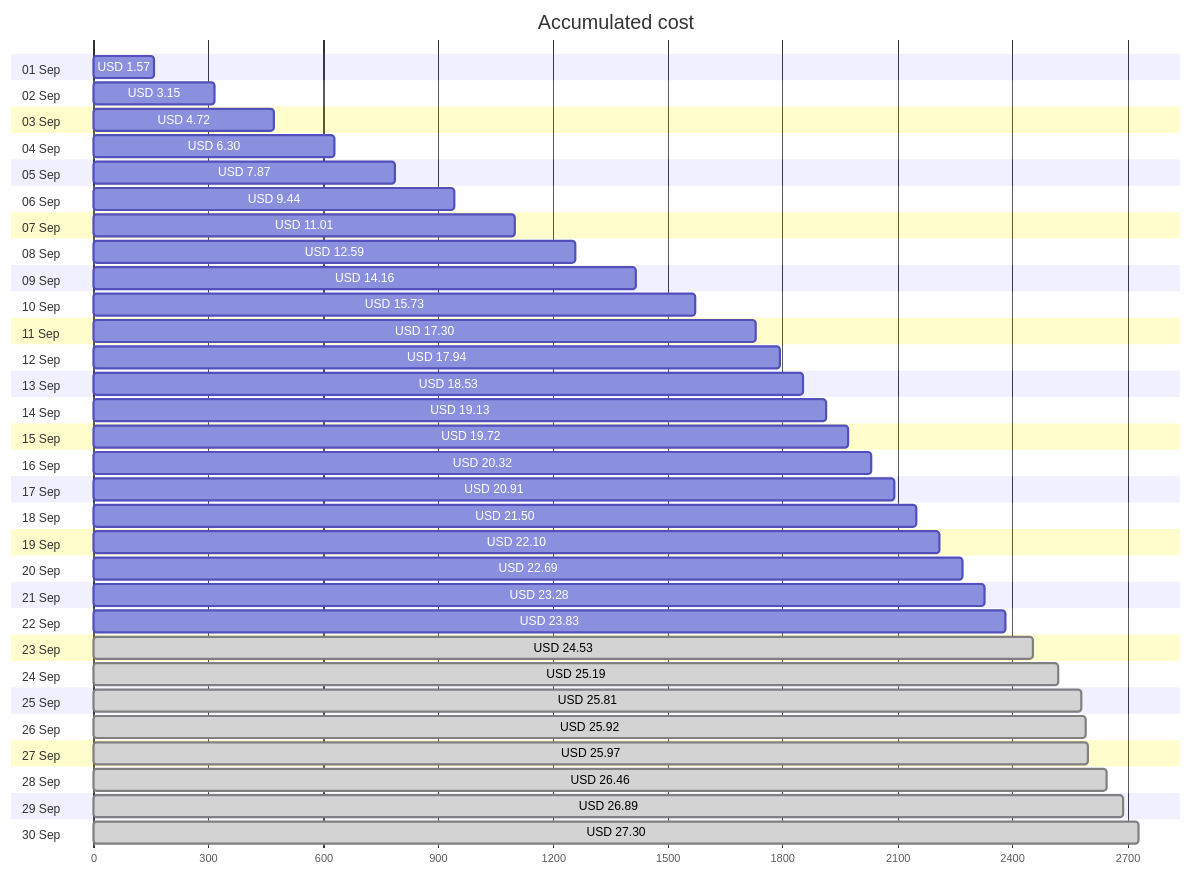
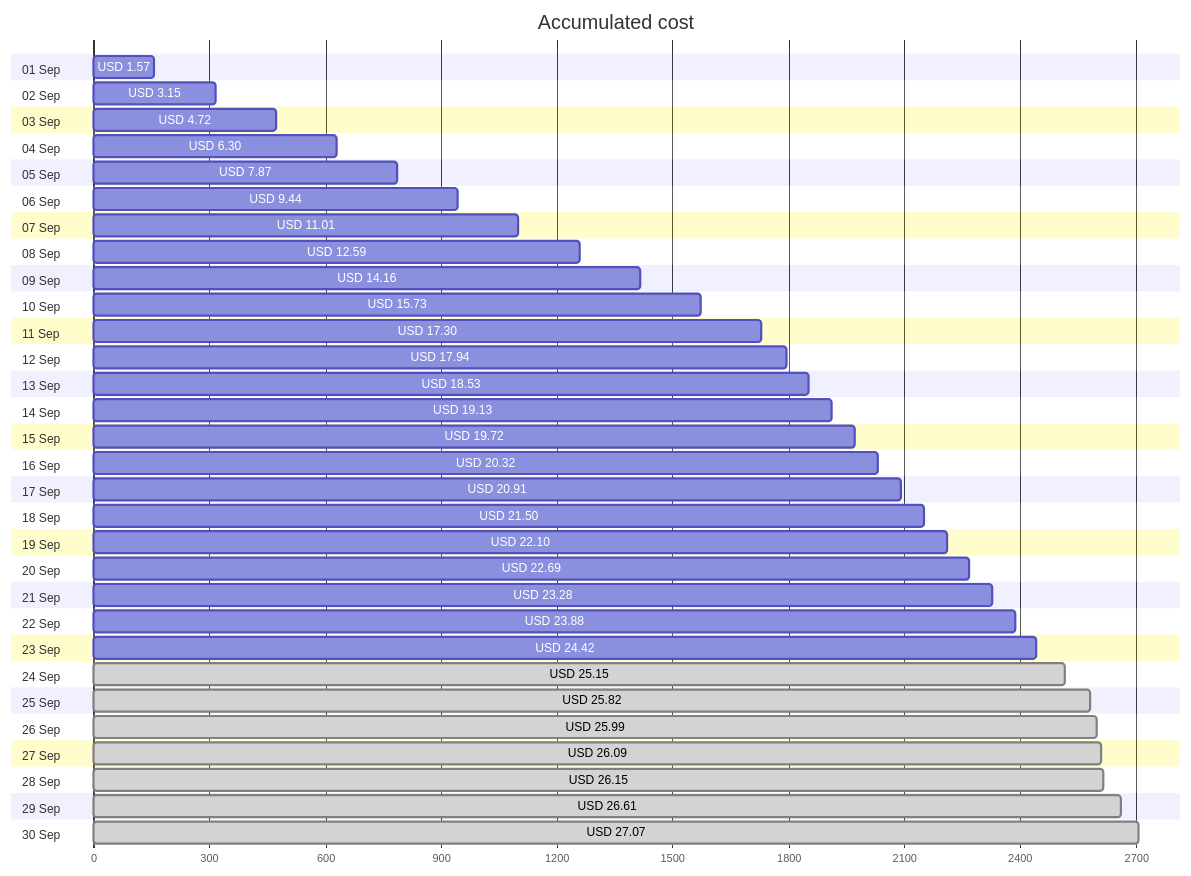
Before and after one commit to jpfulton/azure-personal-reports: the first of 4 diagrams in cost-reports/personal-site/README.md, drawn with Mermaid. The commit also changed other lines of this file and 7 other files, not shown here.

````diff
--- a/cost-reports/personal-site/README.md
+++ b/cost-reports/personal-site/README.md
@@ -20,66 +20,66 @@
 ```mermaid
 gantt
    title Accumulated cost
    dateFormat  X
    axisFormat %s
    section 01 Sep
    USD 1.57 :0, 157
    section 02 Sep
    USD 3.15 :0, 315
    section 03 Sep
    USD 4.72 :0, 472
    section 04 Sep
    USD 6.30 :0, 630
    section 05 Sep
    USD 7.87 :0, 787
    section 06 Sep
    USD 9.44 :0, 944
    section 07 Sep
    USD 11.01 :0, 1101
    section 08 Sep
    USD 12.59 :0, 1259
    section 09 Sep
    USD 14.16 :0, 1416
    section 10 Sep
    USD 15.73 :0, 1573
    section 11 Sep
    USD 17.30 :0, 1730
    section 12 Sep
    USD 17.94 :0, 1794
    section 13 Sep
    USD 18.53 :0, 1853
    section 14 Sep
    USD 19.13 :0, 1913
    section 15 Sep
    USD 19.72 :0, 1972
    section 16 Sep
    USD 20.32 :0, 2032
    section 17 Sep
    USD 20.91 :0, 2091
    section 18 Sep
    USD 21.50 :0, 2150
    section 19 Sep
    USD 22.10 :0, 2210
    section 20 Sep
    USD 22.69 :0, 2269
    section 21 Sep
    USD 23.28 :0, 2328
    section 22 Sep
-   USD 23.83 :0, 2383
+   USD 23.88 :0, 2388
    section 23 Sep
-   USD 24.53 : done, 0, 2453
+   USD 24.42 :0, 2442
    section 24 Sep
-   USD 25.19 : done, 0, 2519
+   USD 25.15 : done, 0, 2515
    section 25 Sep
-   USD 25.81 : done, 0, 2581
+   USD 25.82 : done, 0, 2582
    section 26 Sep
-   USD 25.92 : done, 0, 2592
+   USD 25.99 : done, 0, 2599
    section 27 Sep
-   USD 25.97 : done, 0, 2597
+   USD 26.09 : done, 0, 2609
    section 28 Sep
-   USD 26.46 : done, 0, 2646
+   USD 26.15 : done, 0, 2615
    section 29 Sep
-   USD 26.89 : done, 0, 2689
+   USD 26.61 : done, 0, 2661
    section 30 Sep
-   USD 27.30 : done, 0, 2730
+   USD 27.07 : done, 0, 2707
 ```
````
